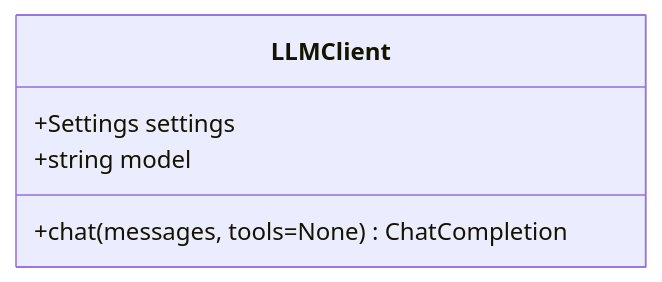
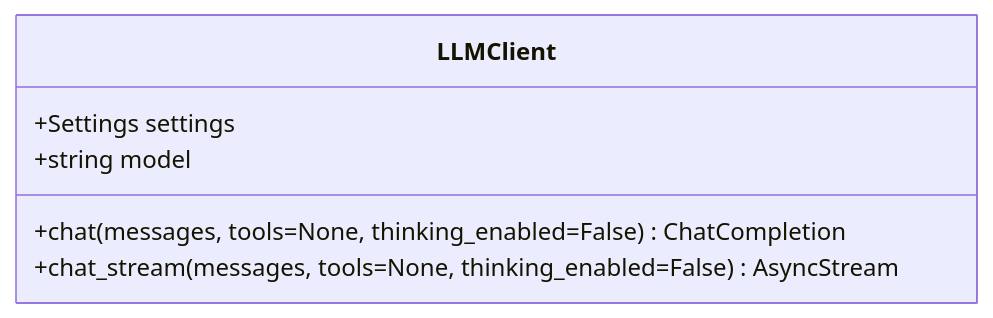
Before and after one commit to 250shiwo/MySmallAgent: the fourth of 9 diagrams in .qoder/repowiki/zh/content/核心模块详解/核心模块详解.md, drawn with Mermaid. The commit also changed other lines of this file and 34 other files, not shown here.

````diff
--- a/.qoder/repowiki/zh/content/核心模块详解/核心模块详解.md
+++ b/.qoder/repowiki/zh/content/核心模块详解/核心模块详解.md
@@ -236,8 +260,9 @@
 ```mermaid
 classDiagram
 class LLMClient {
 +Settings settings
 +string model
-+chat(messages, tools=None) ChatCompletion
++chat(messages, tools=None, thinking_enabled=False) ChatCompletion
++chat_stream(messages, tools=None, thinking_enabled=False) AsyncStream
 }
 ```
````
